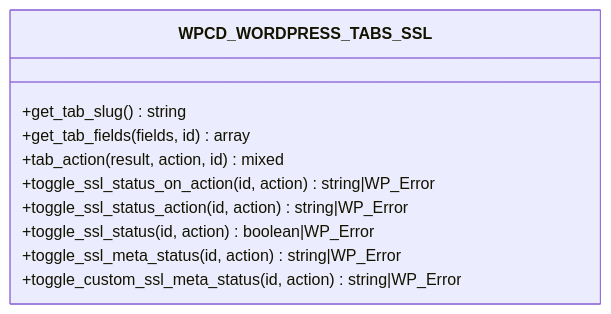
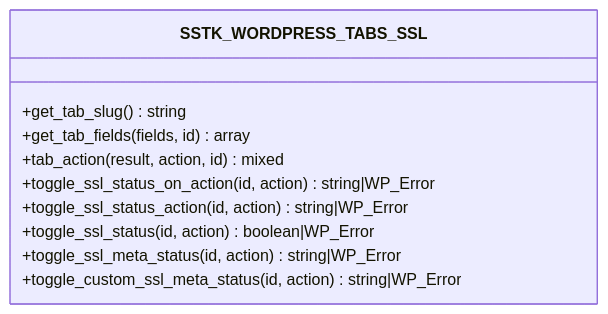
The third of 5 diagrams in .qoder/repowiki/en/content/WordPress Application Engine/Operational & Maintenance Scripts/SSL Certificate Management.md (onedogsolutions/simple-stack), drawn with Mermaid before and after one commit. The commit also changed 5941 other files, not shown here.

````diff
--- a/.qoder/repowiki/en/content/WordPress Application Engine/Operational & Maintenance Scripts/SSL Certificate Management.md
+++ b/.qoder/repowiki/en/content/WordPress Application Engine/Operational & Maintenance Scripts/SSL Certificate Management.md
@@ -144,13 +144,13 @@
 ```mermaid
 classDiagram
-class WPCD_WORDPRESS_TABS_SSL {
+class SSTK_WORDPRESS_TABS_SSL {
 +get_tab_slug() string
 +get_tab_fields(fields, id) array
 +tab_action(result, action, id) mixed
 +toggle_ssl_status_on_action(id, action) string|WP_Error
 +toggle_ssl_status_action(id, action) string|WP_Error
 +toggle_ssl_status(id, action) boolean|WP_Error
 +toggle_ssl_meta_status(id, action) string|WP_Error
 +toggle_custom_ssl_meta_status(id, action) string|WP_Error
 }
 ```
````
